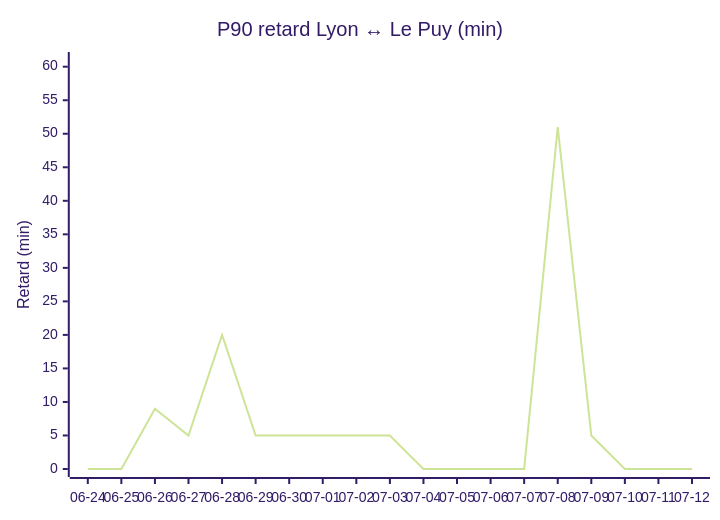
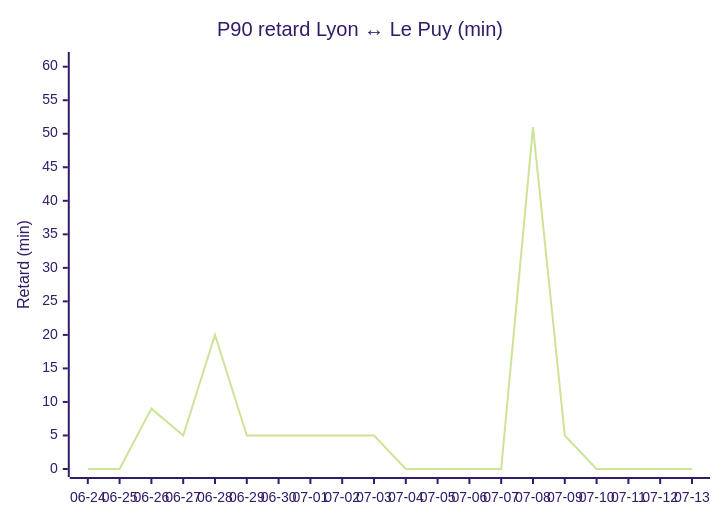
The third of 4 diagrams in STATS.md (antoinerep/horaire-ter), drawn with Mermaid (forest theme) before and after one commit. The commit also changed other lines of this file and 1 other file, not shown here.

````diff
--- a/STATS.md
+++ b/STATS.md
@@ -91,7 +92,7 @@
 ```mermaid
 xychart-beta
     title "P90 retard Lyon ↔ Le Puy (min)"
-    x-axis ["06-24", "06-25", "06-26", "06-27", "06-28", "06-29", "06-30", "07-01", "07-02", "07-03", "07-04", "07-05", "07-06", "07-07", "07-08", "07-09", "07-10", "07-11", "07-12"]
+    x-axis ["06-24", "06-25", "06-26", "06-27", "06-28", "06-29", "06-30", "07-01", "07-02", "07-03", "07-04", "07-05", "07-06", "07-07", "07-08", "07-09", "07-10", "07-11", "07-12", "07-13"]
     y-axis "Retard (min)" 0 --> 61
-    line [0.0, 0.0, 9.0, 5.0, 20.0, 5.0, 5.0, 5.0, 5.0, 5.0, 0.0, 0.0, 0.0, 0.0, 51.0, 5.0, 0.0, 0.0, 0.0]
+    line [0.0, 0.0, 9.0, 5.0, 20.0, 5.0, 5.0, 5.0, 5.0, 5.0, 0.0, 0.0, 0.0, 0.0, 51.0, 5.0, 0.0, 0.0, 0.0, 0.0]
 ```
````
